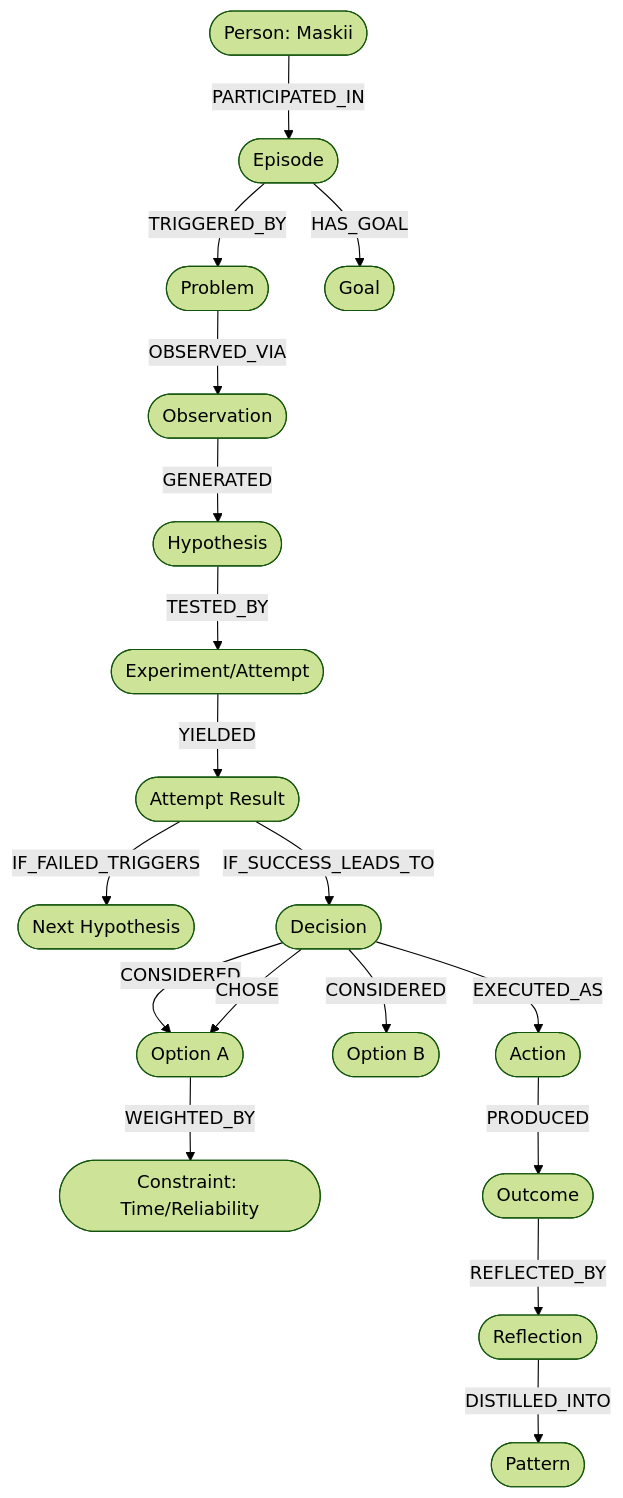
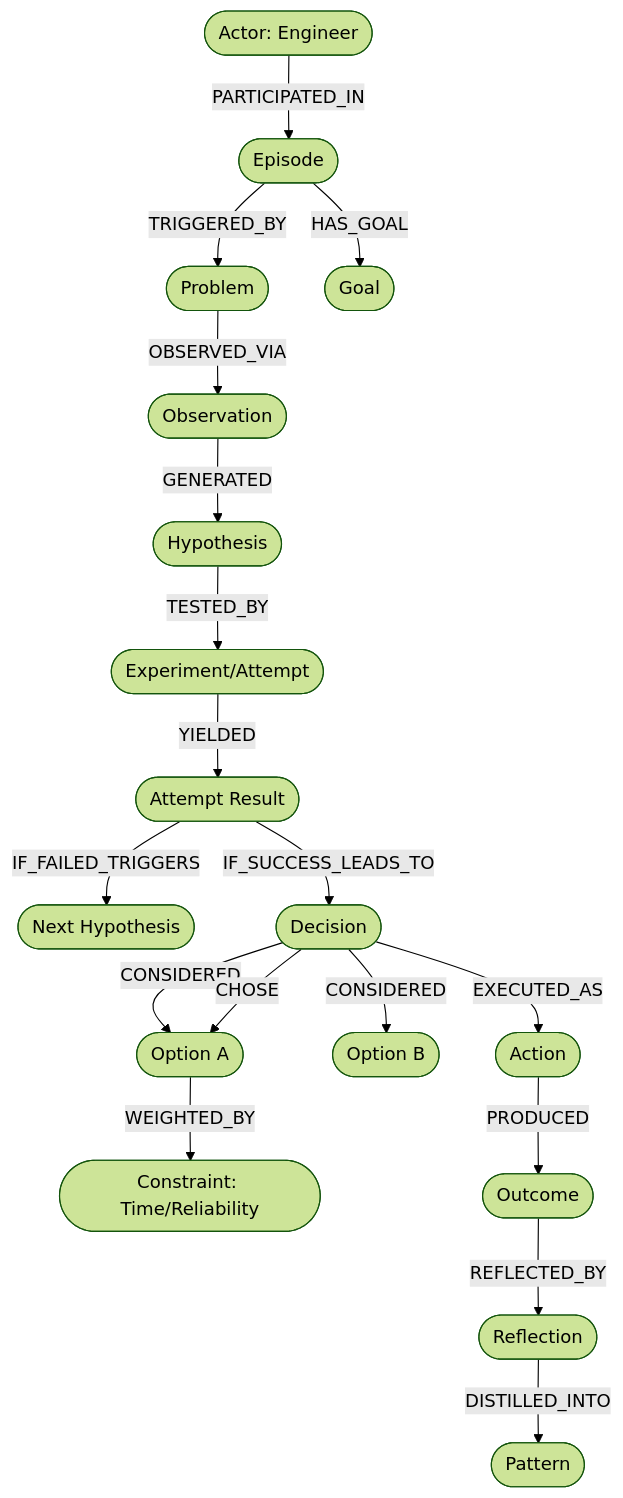
Before and after one commit to lhermawan/memoriagraph: the diagram in to-do.md, drawn with Mermaid (forest theme). The commit also changed other lines of this file and 24 other files, not shown here.

````diff
--- a/to-do.md
+++ b/to-do.md
@@ -203,24 +203,24 @@
 ```mermaid
 graph TD
-    Person([Person: Maskii]) -->|PARTICIPATED_IN| Ep([Episode])
+    Person([Actor: Engineer]) -->|PARTICIPATED_IN| Ep([Episode])
     Ep -->|TRIGGERED_BY| Prob([Problem])
     Ep -->|HAS_GOAL| Goal([Goal])
     
     Prob -->|OBSERVED_VIA| Obs([Observation])
     Obs -->|GENERATED| Hyp([Hypothesis])
     Hyp -->|TESTED_BY| Exp([Experiment/Attempt])
     Exp -->|YIELDED| Res([Attempt Result])
     
     Res -->|IF_FAILED_TRIGGERS| Hyp2([Next Hypothesis])
     Res -->|IF_SUCCESS_LEADS_TO| Dec([Decision])
     
     Dec -->|CONSIDERED| OptA([Option A])
     Dec -->|CONSIDERED| OptB([Option B])
     Dec -->|CHOSE| OptA
     OptA -->|WEIGHTED_BY| Con1([Constraint: Time/Reliability])
     
     Dec -->|EXECUTED_AS| Act([Action])
     Act -->|PRODUCED| Out([Outcome])
     Out -->|REFLECTED_BY| Refl([Reflection])
     Refl -->|DISTILLED_INTO| Pat([Pattern])
 ```
````
